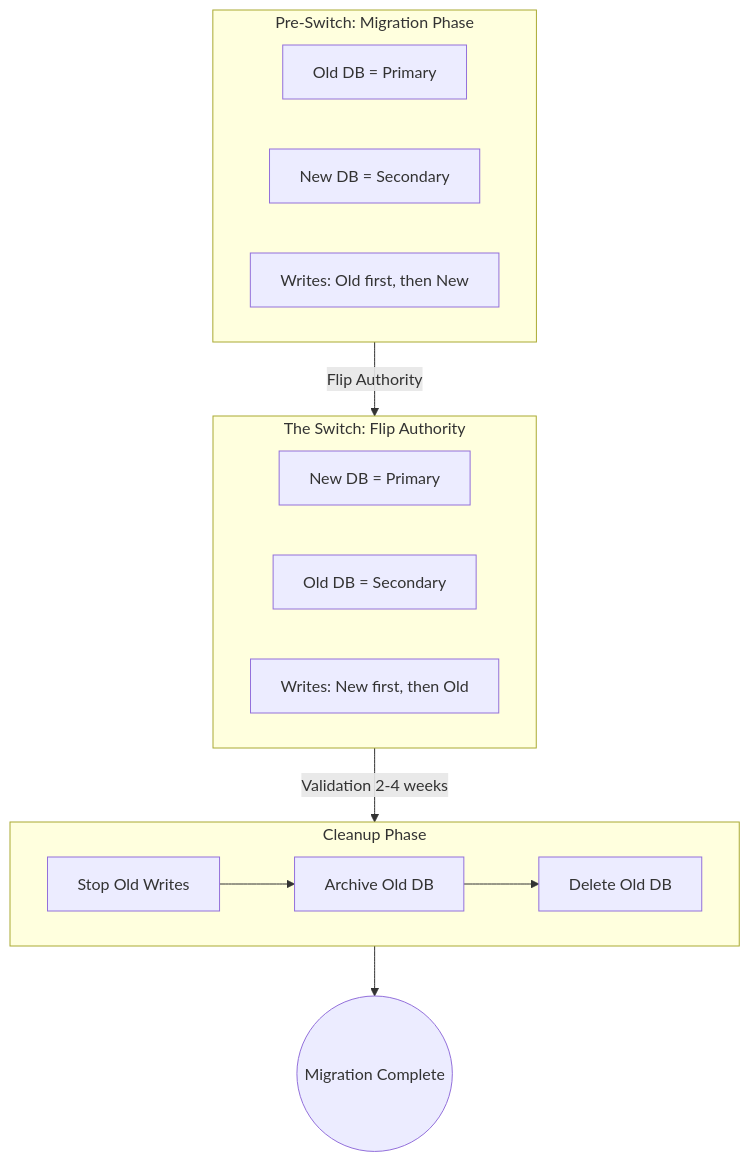
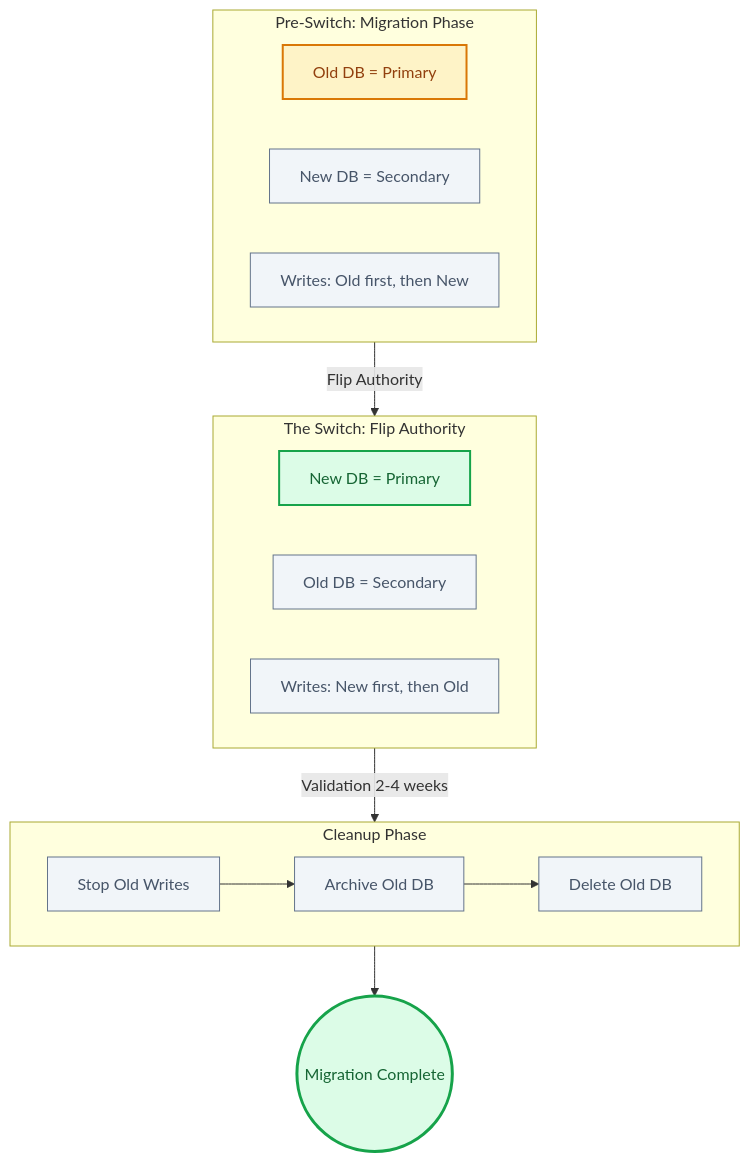
One commit to udaytamma/Cyrus changed the fourth of 5 diagrams in gemini-responses/dual-write-dual-read-pattern-20260120-0919.md. Above: the diagram before and after it, drawn with Mermaid. The commit also changed other lines of this file and 28 other files, not shown here.

First line of the commit message:
Upgrade Knowledge Base Mermaid diagrams to professional styling

````diff
--- a/gemini-responses/dual-write-dual-read-pattern-20260120-0919.md
+++ b/gemini-responses/dual-write-dual-read-pattern-20260120-0919.md
@@ -295,23 +324,38 @@
 ```mermaid
 flowchart TB
     subgraph PreSwitch["Pre-Switch: Migration Phase"]
         Old1[Old DB = Primary]
         New1[New DB = Secondary]
         W1["Writes: Old first, then New"]
     end
 
     subgraph TheSwitch["The Switch: Flip Authority"]
         New2[New DB = Primary]
         Old2[Old DB = Secondary]
         W2["Writes: New first, then Old"]
     end
 
     subgraph Cleanup["Cleanup Phase"]
         Stop[Stop Old Writes] --> Archive[Archive Old DB]
         Archive --> Delete[Delete Old DB]
     end
 
     PreSwitch -->|"Flip Authority"| TheSwitch
     TheSwitch -->|"Validation 2-4 weeks"| Cleanup
     Cleanup --> Done((Migration Complete))
+
+    classDef primary fill:#dbeafe,stroke:#2563eb,color:#1e40af,stroke-width:2px
+    classDef success fill:#dcfce7,stroke:#16a34a,color:#166534,stroke-width:2px
+    classDef warning fill:#fef3c7,stroke:#d97706,color:#92400e,stroke-width:2px
+    classDef neutral fill:#f1f5f9,stroke:#64748b,color:#475569,stroke-width:1px
+    classDef complete fill:#dcfce7,stroke:#16a34a,color:#166534,stroke-width:3px
+
+    class Old1 warning
+    class New1 neutral
+    class W1 neutral
+    class New2 success
+    class Old2 neutral
+    class W2 neutral
+    class Stop,Archive,Delete neutral
+    class Done complete
 ```
````
